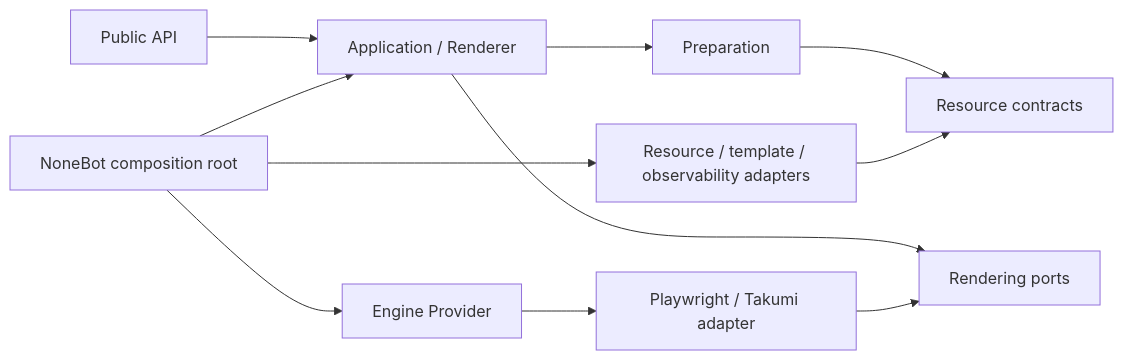
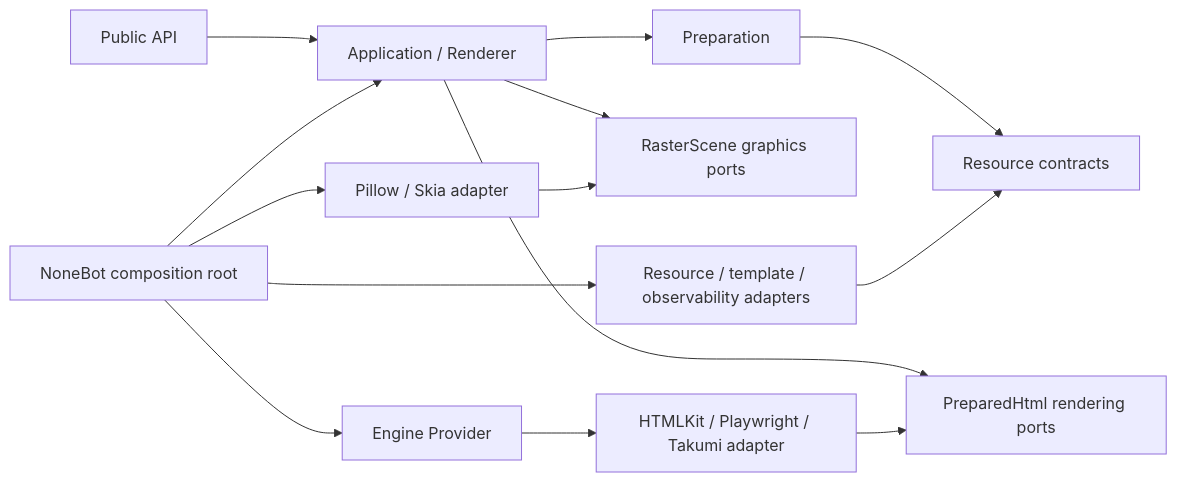
Before and after one commit to kexue-z/nonebot-plugin-htmlrender: the first of 3 diagrams in docs/maintainers/architecture/architecture.md, drawn with Mermaid. The commit also changed other lines of this file and 21 other files, not shown here.

Commit message:
docs(architecture): align runtime and release guidance

````diff
--- a/docs/maintainers/architecture/architecture.md
+++ b/docs/maintainers/architecture/architecture.md
@@ -11,13 +11,16 @@
 ```mermaid
 flowchart LR
     API["Public API"] --> APP["Application / Renderer"]
     APP --> PREP["Preparation"]
-    APP --> PORTS["Rendering ports"]
+    APP --> PORTS["PreparedHtml rendering ports"]
+    APP --> GPORTS["RasterScene graphics ports"]
     PREP --> RES["Resource contracts"]
     BOOT["NoneBot composition root"] --> APP
     BOOT --> PROVIDER["Engine Provider"]
-    PROVIDER --> ADAPTER["Playwright / Takumi adapter"]
-    ADAPTER --> PORTS
+    PROVIDER --> HADAPTER["HTMLKit / Playwright / Takumi adapter"]
+    HADAPTER --> PORTS
+    BOOT --> GADAPTER["Pillow / Skia adapter"]
+    GADAPTER --> GPORTS
     BOOT --> RADAPTER["Resource / template / observability adapters"]
     RADAPTER --> RES
 ```
````
